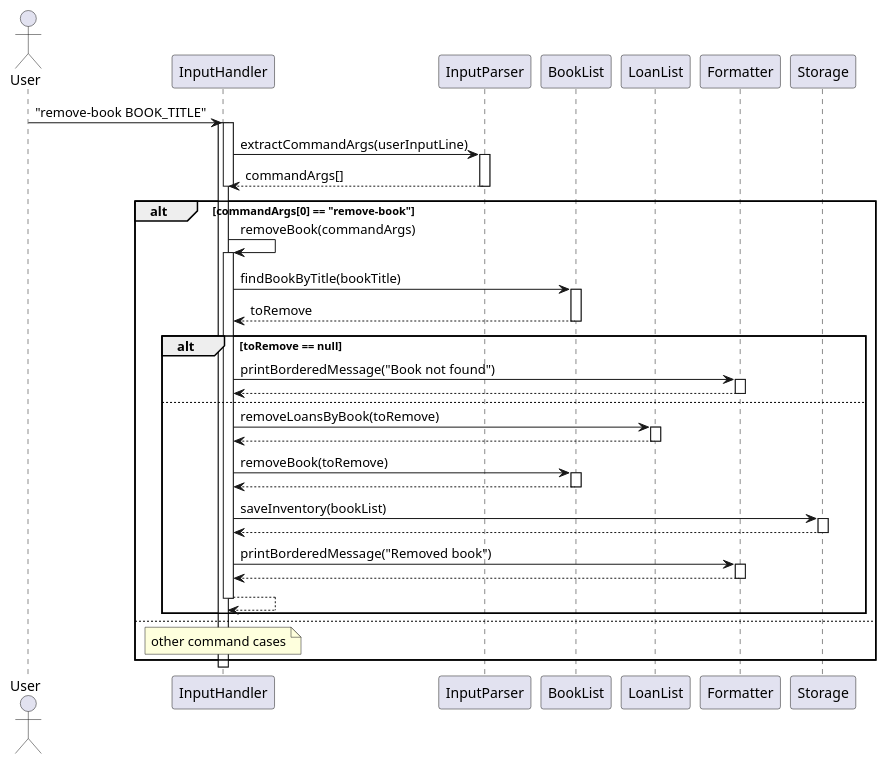
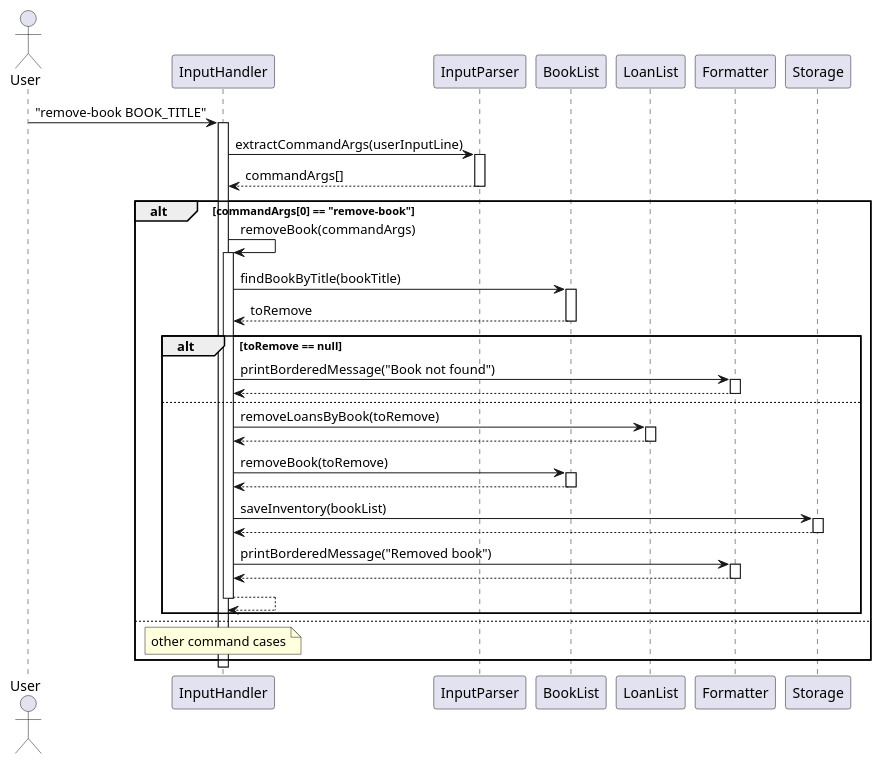
Before and after one commit to AY2425S2-CS2113-T12-2/tp: the diagram in docs/diagrams/removeBook.puml, drawn with PlantUML. The commit also changed 9 other files, not shown here.

```diff
--- a/docs/diagrams/removeBook.puml
+++ b/docs/diagrams/removeBook.puml
@@ -1,58 +1,57 @@
 @startuml
 actor User
 participant InputHandler
 participant InputParser
 participant BookList
 participant LoanList
 participant Formatter
 participant Storage
 
 User -> InputHandler: "remove-book BOOK_TITLE"
 activate InputHandler
-    activate InputHandler
+
     InputHandler -> InputParser: extractCommandArgs(userInputLine)
     activate InputParser
     InputParser --> InputHandler: commandArgs[]
-    deactivate InputHandler
     deactivate InputParser
     alt commandArgs[0] == "remove-book"
         InputHandler -> InputHandler: removeBook(commandArgs)
         activate InputHandler
         InputHandler -> BookList: findBookByTitle(bookTitle)
         activate BookList
         BookList --> InputHandler: toRemove
         deactivate BookList
         alt toRemove == null
             InputHandler -> Formatter: printBorderedMessage("Book not found")
             activate Formatter
             Formatter --> InputHandler
             deactivate Formatter
         else
             InputHandler -> LoanList: removeLoansByBook(toRemove)
             activate LoanList
             LoanList --> InputHandler
             deactivate LoanList
 
             InputHandler -> BookList: removeBook(toRemove)
             activate BookList
             BookList --> InputHandler
             deactivate BookList
             InputHandler -> Storage: saveInventory(bookList)
             activate Storage
             Storage --> InputHandler
             deactivate Storage
             InputHandler -> Formatter: printBorderedMessage("Removed book")
             activate Formatter
             Formatter --> InputHandler
             deactivate Formatter
             InputHandler --> InputHandler
             deactivate InputHandler
         end
     else
     note over InputHandler
     other command cases
     end note
     end
 
 deactivate InputHandler
 @enduml
```
